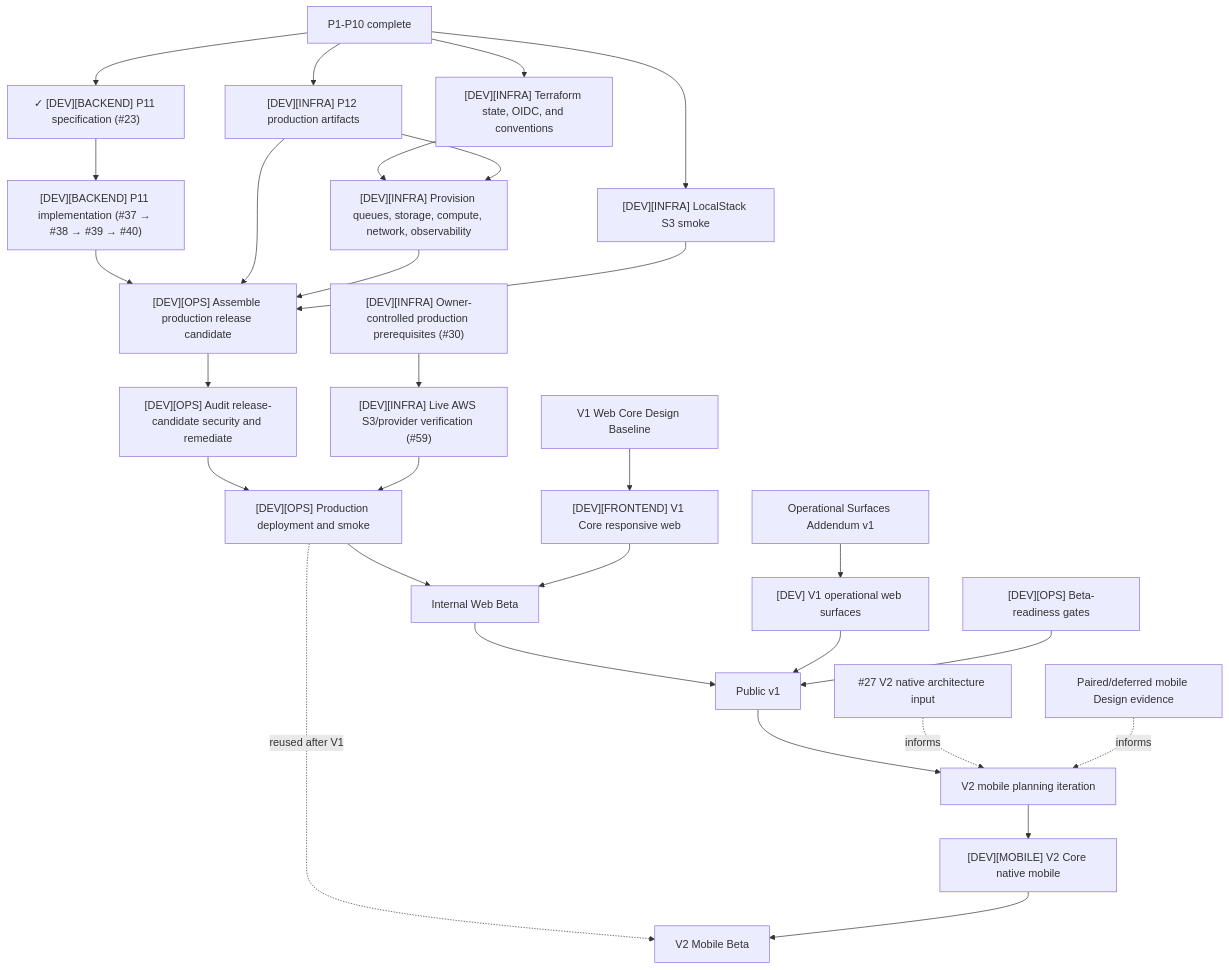
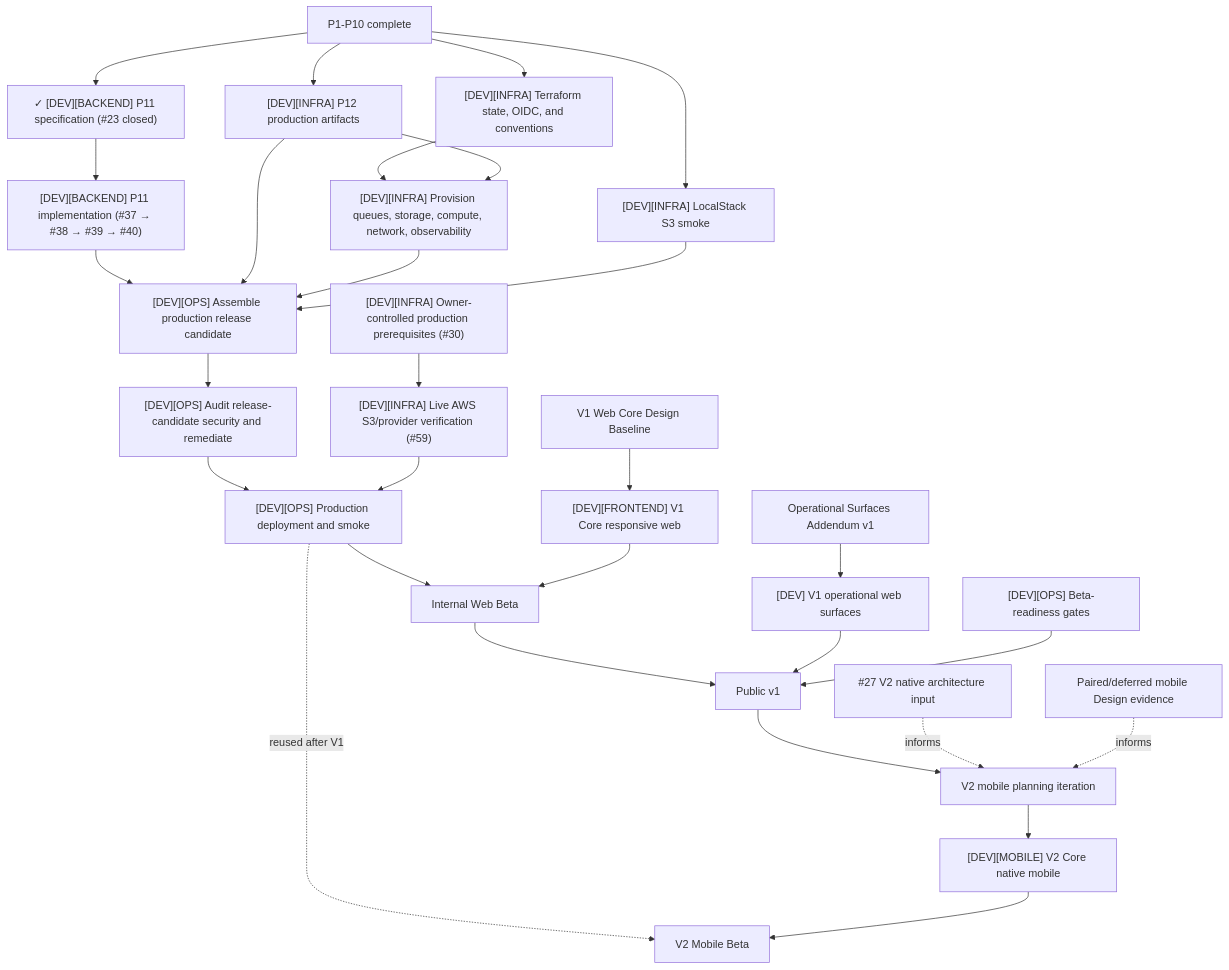
The diagram in docs/architecture/production-roadmap.md (starkovalera/recipe-manager), drawn with Mermaid before and after one commit. The commit also changed other lines of this file and 2 other files, not shown here.

````diff
--- a/docs/architecture/production-roadmap.md
+++ b/docs/architecture/production-roadmap.md
@@ -215,38 +215,38 @@
 ```mermaid
 flowchart TD
   p10["P1-P10 complete"]
-  p10 --> p11Spec["✓ [DEV][BACKEND] P11 specification (#23)"]
+  p10 --> p11Spec["✓ [DEV][BACKEND] P11 specification (#23 closed)"]
   p11Spec --> p11Implementation["[DEV][BACKEND] P11 implementation (#37 → #38 → #39 → #40)"]
   p10 --> p12["[DEV][INFRA] P12 production artifacts"]
   p10 --> localstack["[DEV][INFRA] LocalStack S3 smoke"]
   p10 --> tfFoundation["[DEV][INFRA] Terraform state, OIDC, and conventions"]
   ownerInputs["[DEV][INFRA] Owner-controlled production prerequisites (#30)"]
   ownerInputs --> liveAws["[DEV][INFRA] Live AWS S3/provider verification (#59)"]
 
   tfFoundation --> cloudResources["[DEV][INFRA] Provision queues, storage, compute, network, observability"]
   p12 --> cloudResources
 
   p11Implementation --> releaseCandidate["[DEV][OPS] Assemble production release candidate"]
   p12 --> releaseCandidate
   cloudResources --> releaseCandidate
   localstack --> releaseCandidate
   releaseCandidate --> security["[DEV][OPS] Audit release-candidate security and remediate"]
   security --> technicalProd["[DEV][OPS] Production deployment and smoke"]
   liveAws --> technicalProd
 
   designCore["V1 Web Core Design Baseline"] --> web["[DEV][FRONTEND] V1 Core responsive web"]
   technicalProd --> webBeta["Internal Web Beta"]
   web --> webBeta
 
   designOps["Operational Surfaces Addendum v1"] --> operationalClients["[DEV] V1 operational web surfaces"]
   webBeta --> publicV1["Public v1"]
   operationalClients --> publicV1
   beta["[DEV][OPS] Beta-readiness gates"] --> publicV1
 
   publicV1 --> v2Planning["V2 mobile planning iteration"]
   mobileResearch["#27 V2 native architecture input"] -. informs .-> v2Planning
   pairedDesign["Paired/deferred mobile Design evidence"] -. informs .-> v2Planning
   v2Planning --> mobile["[DEV][MOBILE] V2 Core native mobile"]
   technicalProd -. reused after V1 .-> mobileBeta["V2 Mobile Beta"]
   mobile --> mobileBeta
 ```
````
